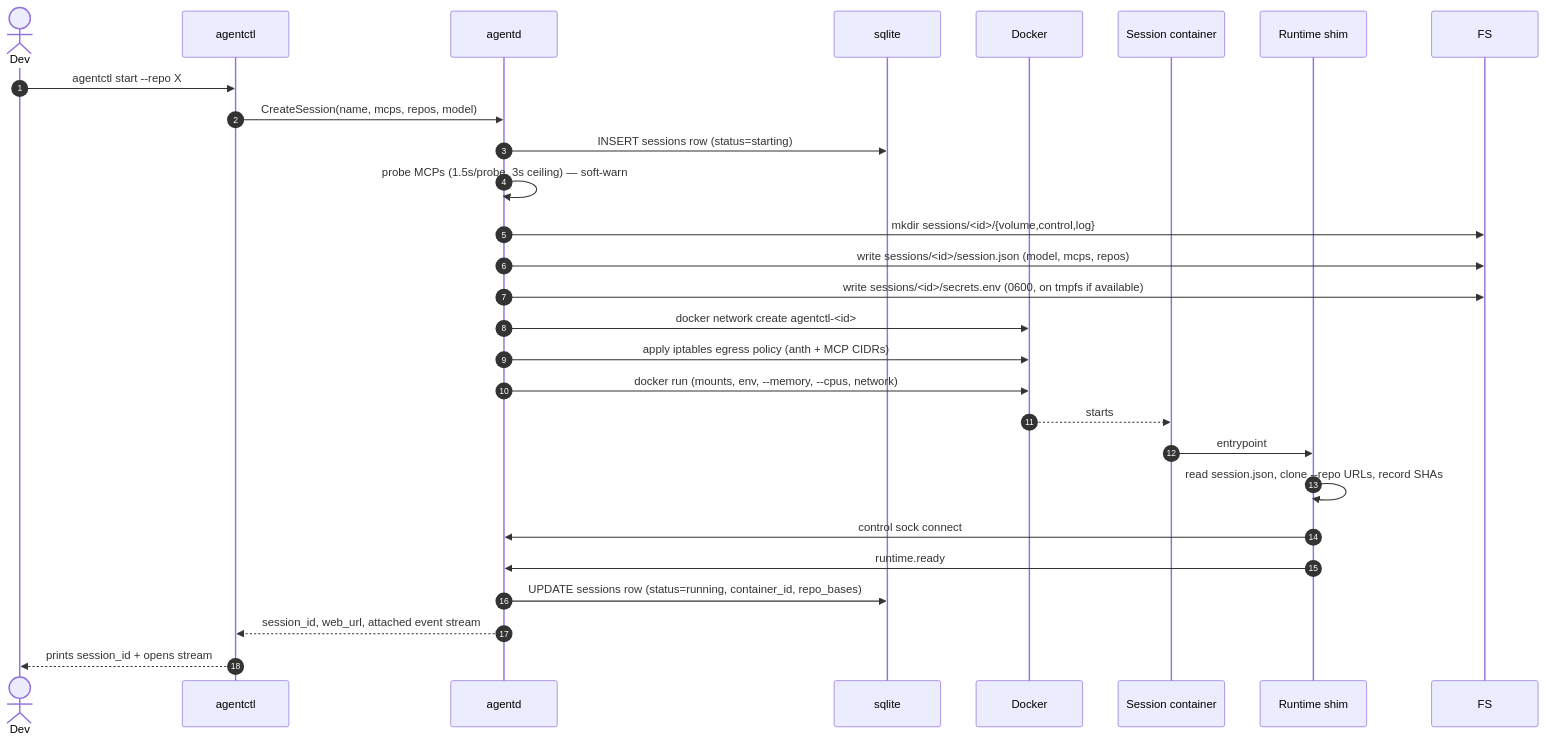
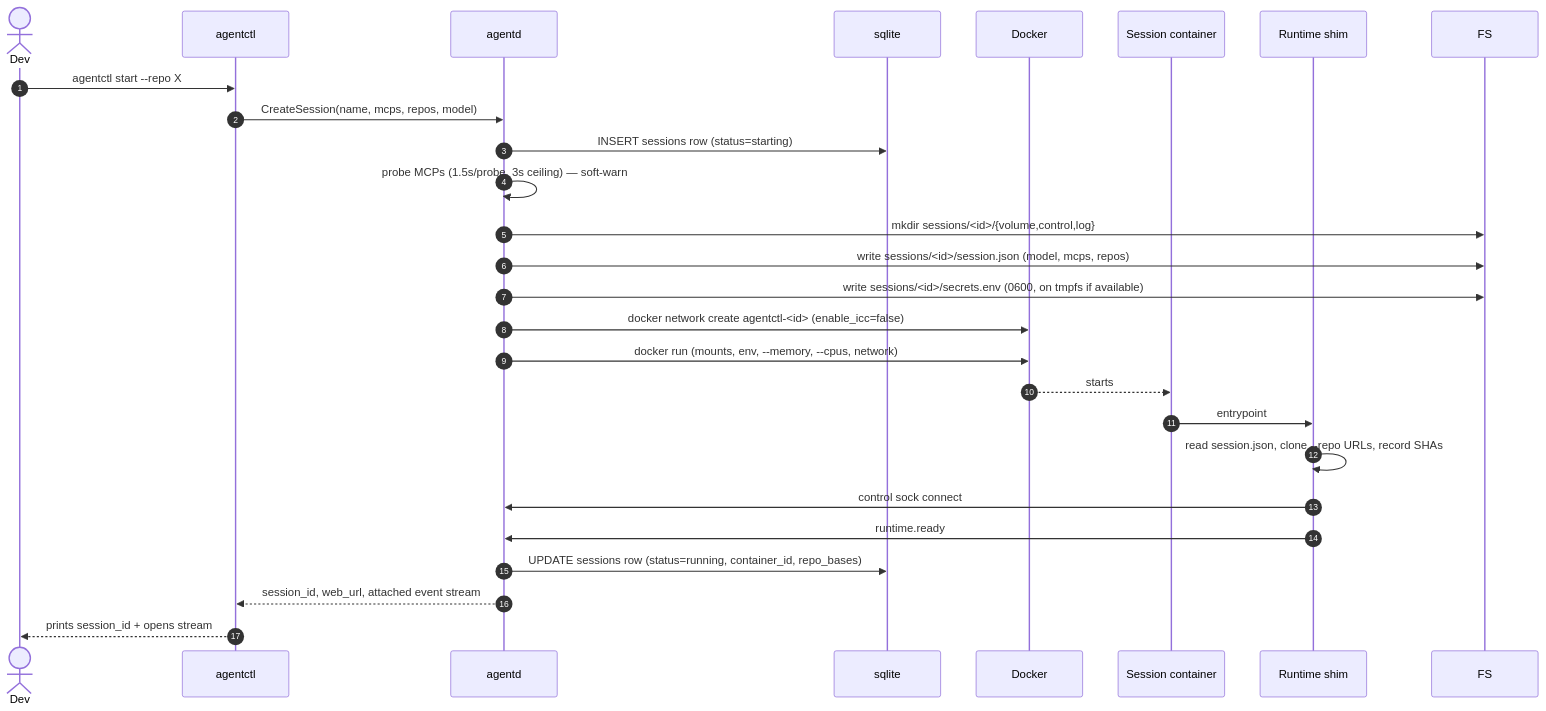
One commit to vipulsodha15/agentctl changed the third of 8 diagrams in architecture/overview.md. Above: the diagram before and after it, drawn with Mermaid. The commit also changed other lines of this file and 10 other files, not shown here.

````diff
--- a/architecture/overview.md
+++ b/architecture/overview.md
@@ -198,30 +200,29 @@
 ```mermaid
 sequenceDiagram
   autonumber
   actor Dev
   participant CLI as agentctl
   participant AD as agentd
   participant DB as sqlite
   participant DOC as Docker
   participant CT as Session container
   participant SHM as Runtime shim
 
   Dev->>CLI: agentctl start --repo X
   CLI->>AD: CreateSession(name, mcps, repos, model)
   AD->>DB: INSERT sessions row (status=starting)
   AD->>AD: probe MCPs (1.5s/probe, 3s ceiling) — soft-warn
   AD->>FS: mkdir sessions/<id>/{volume,control,log}
   AD->>FS: write sessions/<id>/session.json (model, mcps, repos)
   AD->>FS: write sessions/<id>/secrets.env (0600, on tmpfs if available)
-  AD->>DOC: docker network create agentctl-<id>
-  AD->>DOC: apply iptables egress policy (anth + MCP CIDRs)
+  AD->>DOC: docker network create agentctl-<id> (enable_icc=false)
   AD->>DOC: docker run (mounts, env, --memory, --cpus, network)
   DOC-->>CT: starts
   CT->>SHM: entrypoint
   SHM->>SHM: read session.json, clone --repo URLs, record SHAs
   SHM->>AD: control sock connect
   SHM->>AD: runtime.ready
   AD->>DB: UPDATE sessions row (status=running, container_id, repo_bases)
   AD-->>CLI: session_id, web_url, attached event stream
   CLI-->>Dev: prints session_id + opens stream
 ```
````
